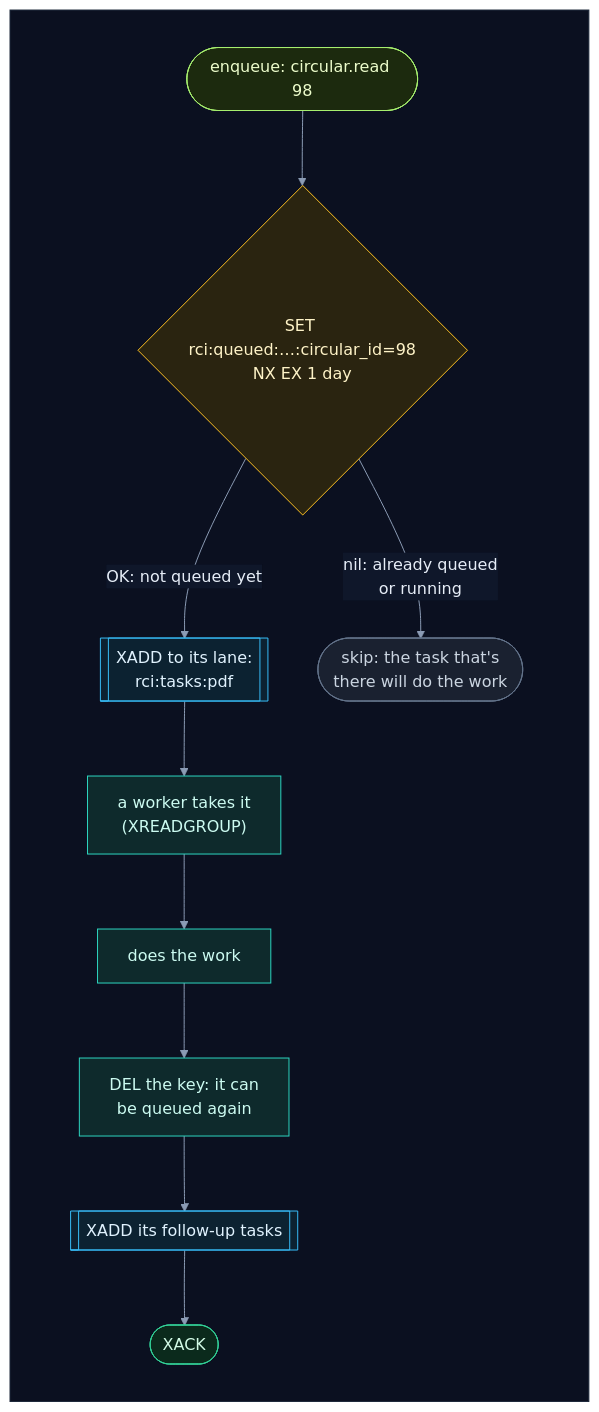
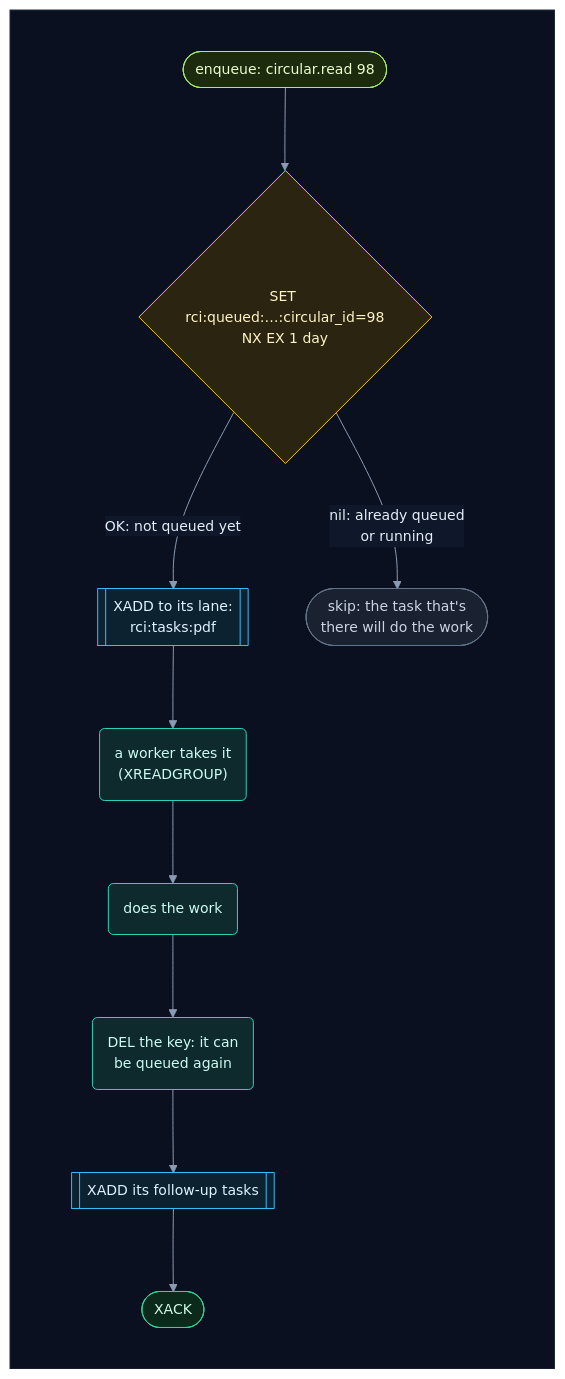
Before and after one commit to selvakumarperumal/Regulatory_Circular_Impact_Agent: diagram 18 of 21 in how_the_worker_works.md, drawn with Mermaid. The commit also changed other lines of this file and 5 other files, not shown here.

Commit message:
Give the docs' flowcharts a shape per kind of part, more room and slightly smaller text

````diff
--- a/how_the_worker_works.md
+++ b/how_the_worker_works.md
@@ -1080,32 +1080,32 @@
 ```mermaid
-%%{init: {"theme": "base", "flowchart": {"diagramPadding": 0}, "themeVariables": {"darkMode": true, "primaryColor": "#16213a", "primaryTextColor": "#e6edf7", "primaryBorderColor": "#475a7a", "lineColor": "#8b9bb4", "secondaryColor": "#1b2436", "tertiaryColor": "#101a2e", "edgeLabelBackground": "#0f172a", "textColor": "#e2e8f0", "clusterBkg": "#0f1728", "clusterBorder": "#2b3a55", "titleColor": "#c4b5fd", "nodeTextColor": "#e6edf7"}}}%%
+%%{init: {"theme": "base", "flowchart": {"diagramPadding": 0, "nodeSpacing": 58, "rankSpacing": 58, "curve": "basis"}, "themeVariables": {"fontSize": "14px", "darkMode": true, "primaryColor": "#16213a", "primaryTextColor": "#e6edf7", "primaryBorderColor": "#475a7a", "lineColor": "#8b9bb4", "secondaryColor": "#1b2436", "tertiaryColor": "#101a2e", "edgeLabelBackground": "#0f172a", "textColor": "#e2e8f0", "clusterBkg": "#0f1728", "clusterBorder": "#2b3a55", "titleColor": "#c4b5fd", "nodeTextColor": "#e6edf7"}}}%%
 flowchart TD
     subgraph canvas[" "]
         direction TB
         add(["enqueue: circular.read 98"]) --> nx{"SET rci:queued:…:circular_id=98<br/>NX EX 1 day"}
         nx -->|"OK: not queued yet"| x[["XADD to its lane:<br/>rci:tasks:pdf"]]
         nx -->|"nil: already queued<br/>or running"| skip(["skip: the task that's<br/>there will do the work"])
-        x --> take["a worker takes it<br/>(XREADGROUP)"]
-        take --> work["does the work"]
-        work --> del["DEL the key: it can<br/>be queued again"]
+        x --> take("a worker takes it<br/>(XREADGROUP)")
+        take --> work("does the work")
+        work --> del("DEL the key: it can<br/>be queued again")
         del --> follow[["XADD its follow-up tasks"]]
         follow --> ack(["XACK"])
     end
     classDef svc fill:#0e2a2c,stroke:#2dd4bf,color:#ccfbf1
     classDef data fill:#1c1a47,stroke:#818cf8,color:#e0e7ff
     classDef ext fill:#2a1640,stroke:#c084fc,color:#f3e8ff
     classDef gpu fill:#2d1b0c,stroke:#fb923c,color:#ffedd5
     classDef ask fill:#2a2410,stroke:#fbbf24,color:#fef3c7
     classDef ok fill:#0b2a1c,stroke:#34d399,color:#d1fae5
     classDef bad fill:#2e0f17,stroke:#fb7185,color:#ffe4e6
     classDef start fill:#1c2a0e,stroke:#a7ef6f,color:#ecfccb
     classDef muted fill:#1a2130,stroke:#64748b,color:#cbd5e1
     classDef queue fill:#0c2231,stroke:#38bdf8,color:#e0f2fe
     class add start
     class nx ask
     class x,follow queue
     class skip muted
     class take,work,del svc
     class ack ok
     style canvas fill:#0b1020,stroke:#1e293b,color:#0b1020
 ```
````
